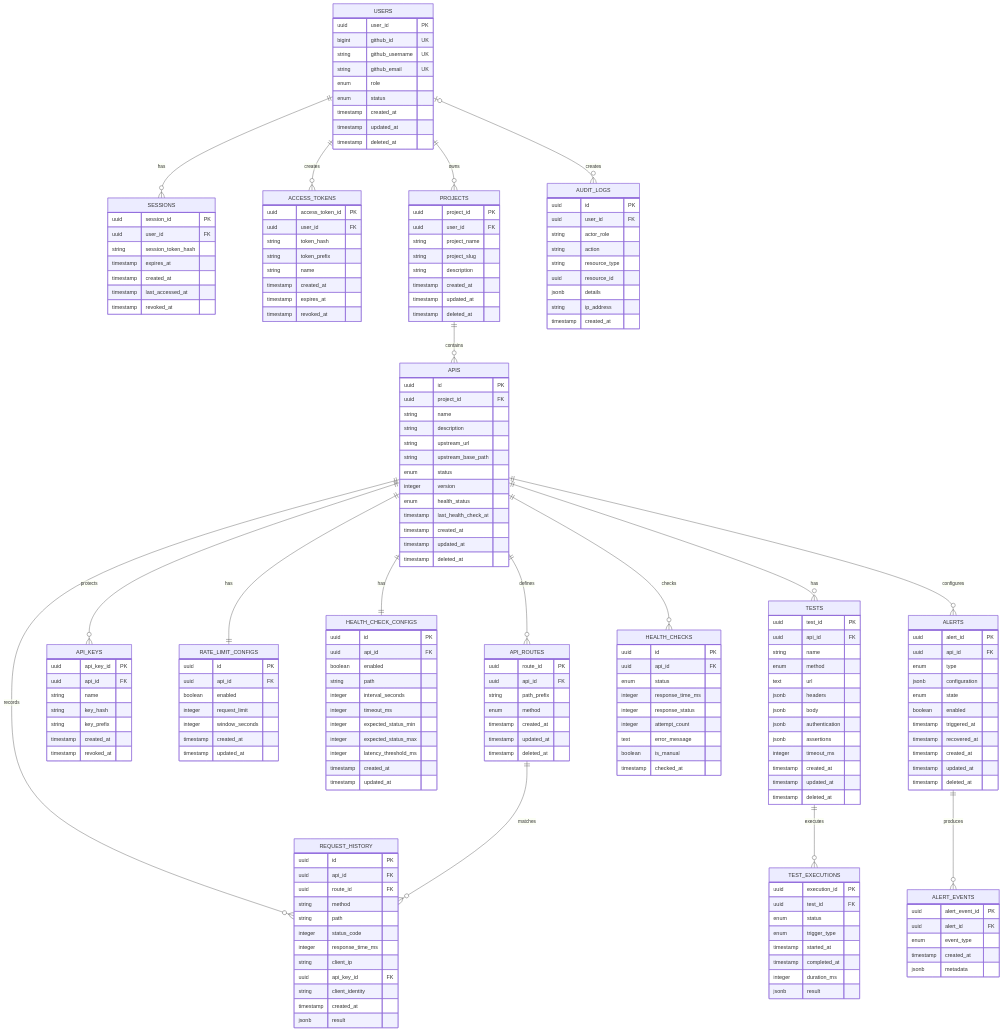
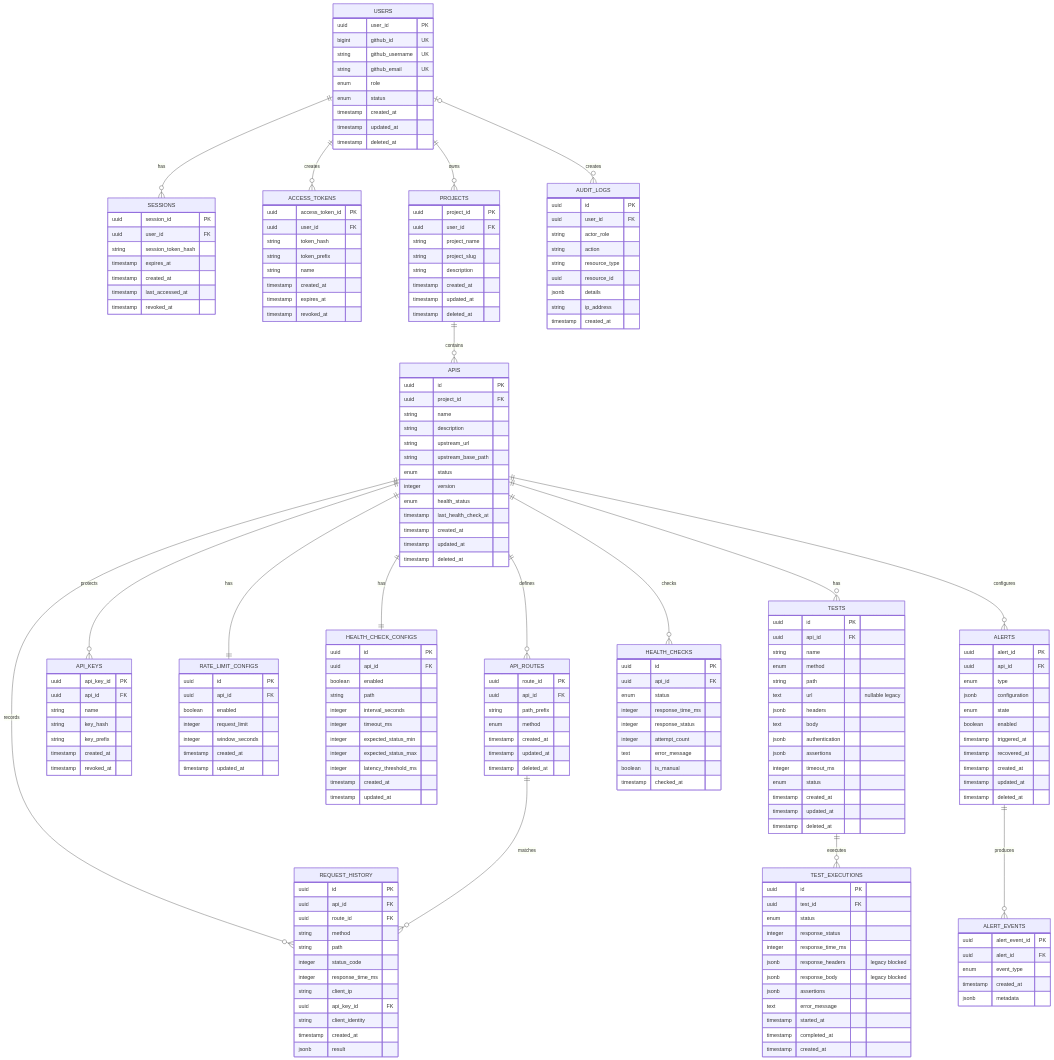
Before and after one commit to y1say2yash/GateWatch: the diagram in docs/01-system-specification/06-data-model.md, drawn with Mermaid. The commit also changed other lines of this file and 14 other files, not shown here.

```diff
--- a/docs/01-system-specification/06-data-model.md
+++ b/docs/01-system-specification/06-data-model.md
@@ -140,30 +140,36 @@
     }
 
     TESTS {
-        uuid test_id PK
+        uuid id PK
         uuid api_id FK
         string name
         enum method
-        text url
+        string path
+        text url "nullable legacy"
         jsonb headers
-        jsonb body
+        text body
         jsonb authentication
         jsonb assertions
         integer timeout_ms
+        enum status
         timestamp created_at
         timestamp updated_at
         timestamp deleted_at
     }
 
     TEST_EXECUTIONS {
-        uuid execution_id PK
+        uuid id PK
         uuid test_id FK
         enum status
-        enum trigger_type
+        integer response_status
+        integer response_time_ms
+        jsonb response_headers "legacy blocked"
+        jsonb response_body "legacy blocked"
+        jsonb assertions
+        text error_message
         timestamp started_at
         timestamp completed_at
-        integer duration_ms
-        jsonb result
+        timestamp created_at
     }
 
     REQUEST_HISTORY {
```
